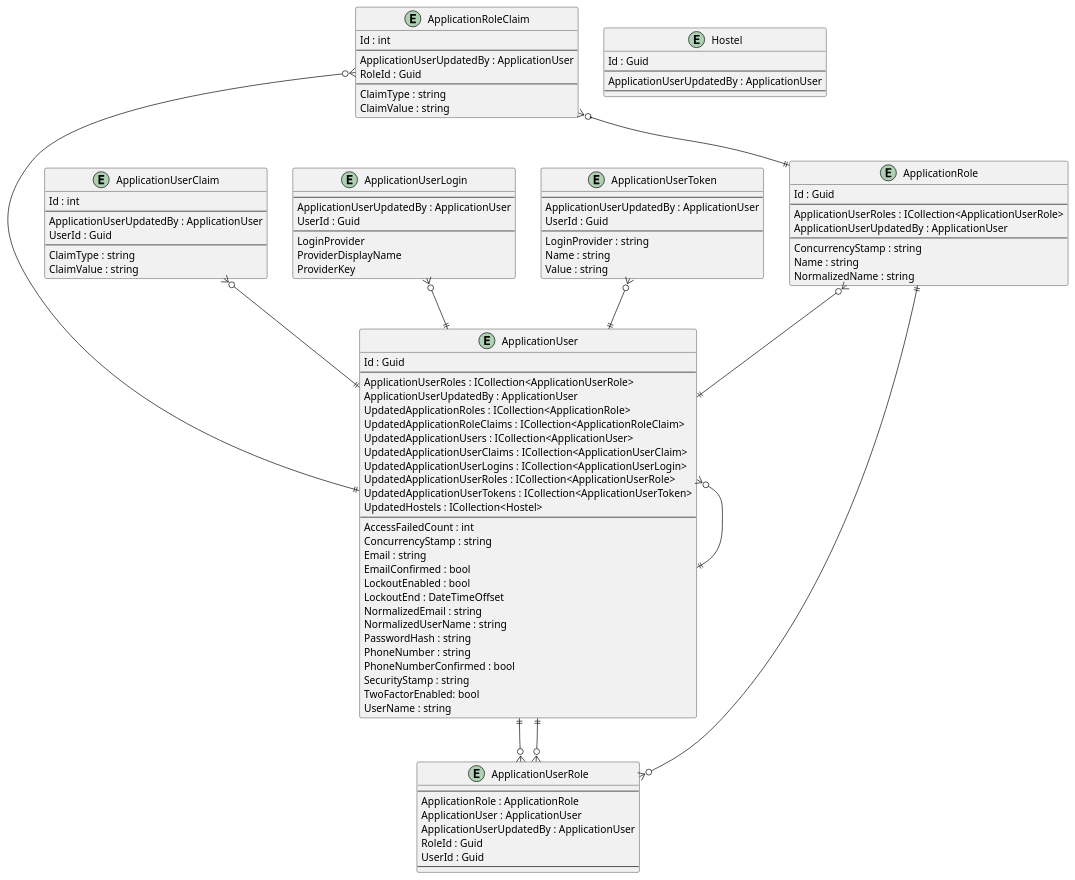
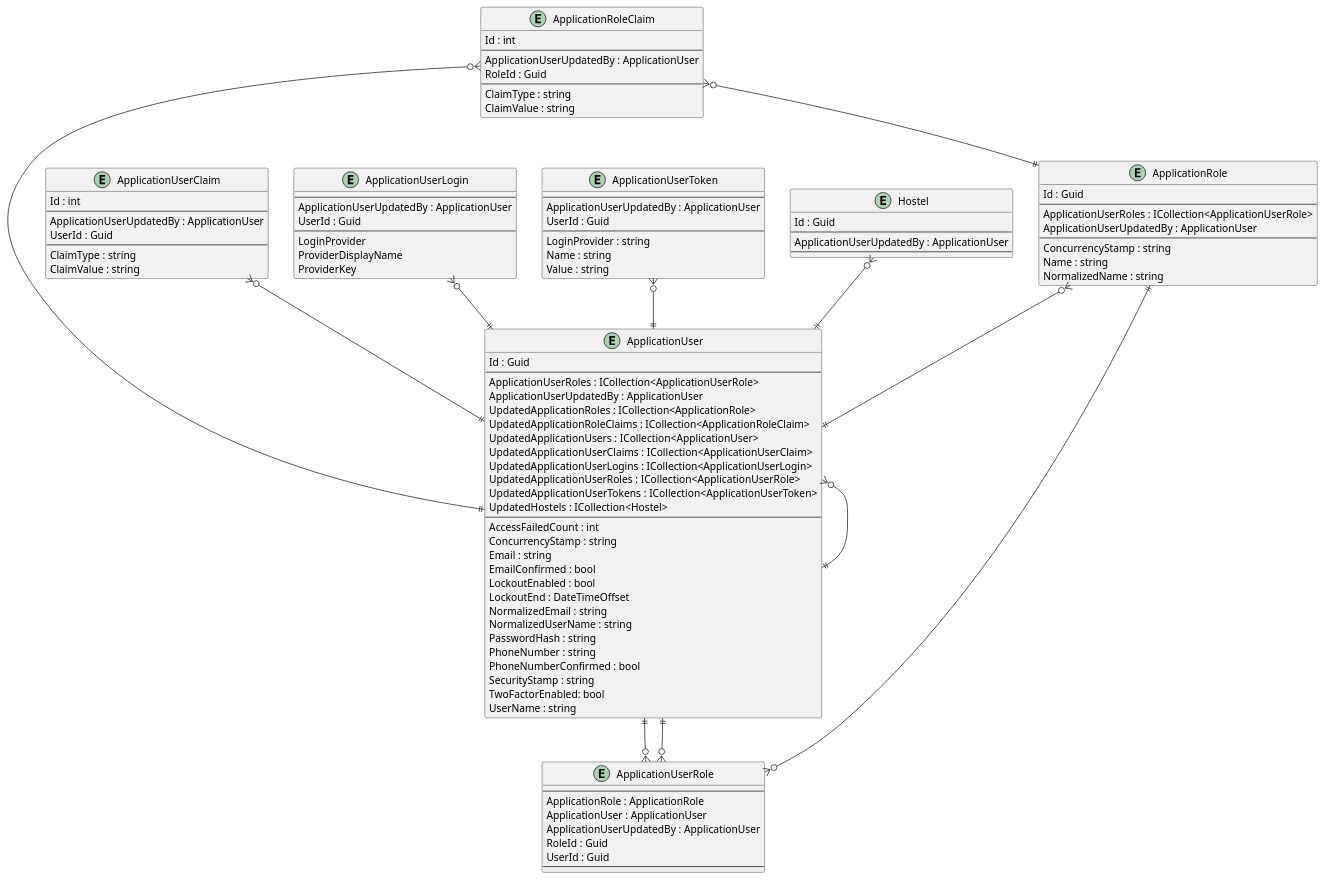
One commit to intrepion/https-code-maze.com-csharp-create-better-looking-console-applications-with-spectre-console- changed the diagram in .docs/HostelStudents.pu. Above: the diagram before and after it, drawn with PlantUML.

```diff
--- a/.docs/HostelStudents.pu
+++ b/.docs/HostelStudents.pu
@@ -1,119 +1,120 @@
 @startuml
 
 entity ApplicationRole {
     Id : Guid
     --
     ApplicationUserRoles : ICollection<ApplicationUserRole>
     ApplicationUserUpdatedBy : ApplicationUser
     --
     ConcurrencyStamp : string
     Name : string
     NormalizedName : string
 }
 
 entity ApplicationRoleClaim {
     Id : int
     --
     ApplicationUserUpdatedBy : ApplicationUser
     RoleId : Guid
     --
     ClaimType : string
     ClaimValue : string
 }
 
 entity ApplicationUser {
     Id : Guid
     --
     ApplicationUserRoles : ICollection<ApplicationUserRole>
     ApplicationUserUpdatedBy : ApplicationUser
     UpdatedApplicationRoles : ICollection<ApplicationRole>
     UpdatedApplicationRoleClaims : ICollection<ApplicationRoleClaim>
     UpdatedApplicationUsers : ICollection<ApplicationUser>
     UpdatedApplicationUserClaims : ICollection<ApplicationUserClaim>
     UpdatedApplicationUserLogins : ICollection<ApplicationUserLogin>
     UpdatedApplicationUserRoles : ICollection<ApplicationUserRole>
     UpdatedApplicationUserTokens : ICollection<ApplicationUserToken>
     UpdatedHostels : ICollection<Hostel>
     ' ApplicationUserKeyCodePlaceholder
     --
     AccessFailedCount : int
     ConcurrencyStamp : string
     Email : string
     EmailConfirmed : bool
     LockoutEnabled : bool
     LockoutEnd : DateTimeOffset
     NormalizedEmail : string
     NormalizedUserName : string
     PasswordHash : string
     PhoneNumber : string
     PhoneNumberConfirmed : bool
     SecurityStamp : string
     TwoFactorEnabled: bool
     UserName : string
 }
 
 entity ApplicationUserClaim {
     Id : int
     --
     ApplicationUserUpdatedBy : ApplicationUser
     UserId : Guid
     --
     ClaimType : string
     ClaimValue : string
 }
 
 entity ApplicationUserLogin {
     --
     ApplicationUserUpdatedBy : ApplicationUser
     UserId : Guid
     --
     LoginProvider
     ProviderDisplayName
     ProviderKey
 }
 
 entity ApplicationUserRole {
     --
     ApplicationRole : ApplicationRole
     ApplicationUser : ApplicationUser
     ApplicationUserUpdatedBy : ApplicationUser
     RoleId : Guid
     UserId : Guid
     --
 }
 
 entity ApplicationUserToken {
     --
     ApplicationUserUpdatedBy : ApplicationUser
     UserId : Guid
     --
     LoginProvider : string
     Name : string
     Value : string
 }
 
 entity Hostel {
     Id : Guid
     --
     ApplicationUserUpdatedBy : ApplicationUser
     ' HostelKeyCodePlaceholder
     --
     ' HostelPropertyCodePlaceholder
 }
 
 ' EntityCodePlaceholder
 
 ApplicationRole ||--o{ ApplicationUserRole
 ApplicationRole }o--|| ApplicationUser
 ApplicationRoleClaim }o--|| ApplicationRole
 ApplicationRoleClaim }o--|| ApplicationUser
 ApplicationUser }o--|| ApplicationUser
 ApplicationUser ||--o{ ApplicationUserRole
 ApplicationUserClaim }o--|| ApplicationUser
 ApplicationUserLogin }o--|| ApplicationUser
 ApplicationUserRole }o--|| ApplicationUser
 ApplicationUserToken }o--|| ApplicationUser
 
+Hostel }o--|| ApplicationUser
 ' RelationshipCodePlaceholder
 
 @enduml
```
